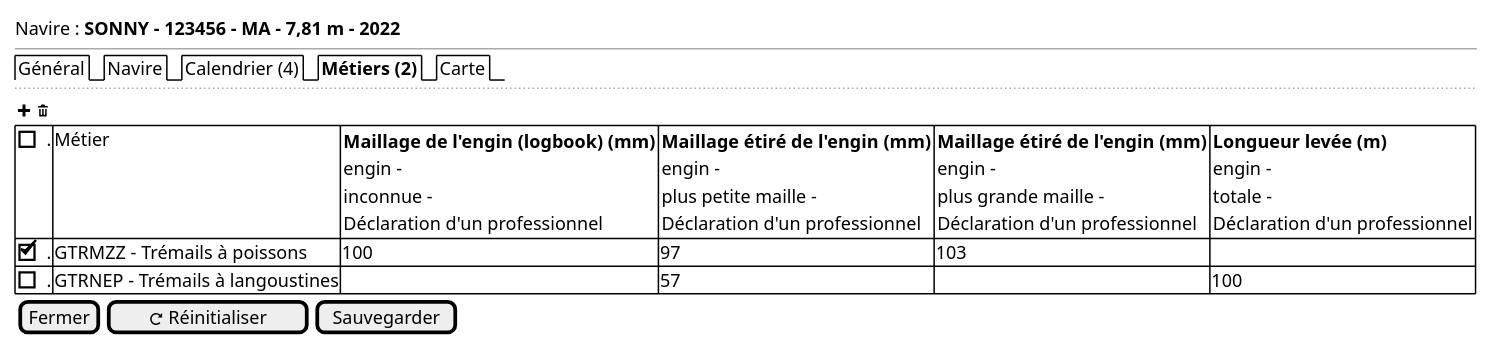
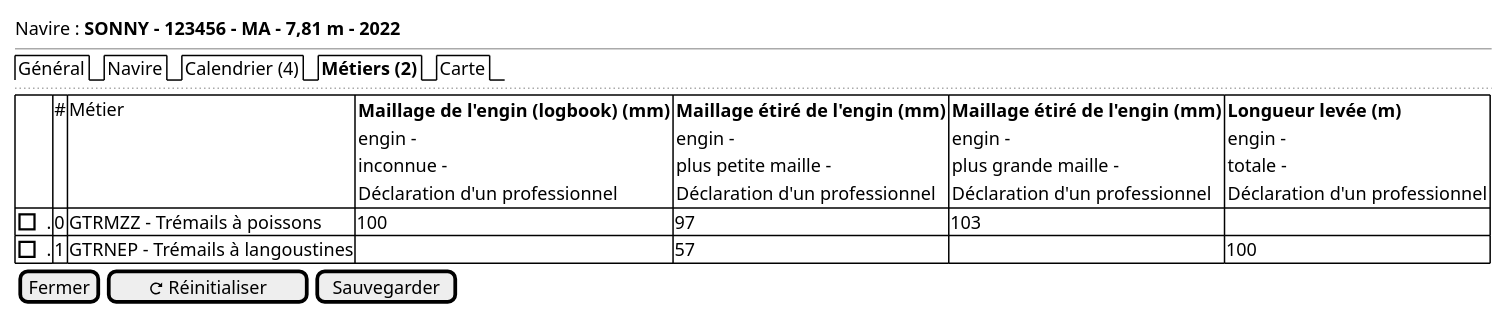
The diagram in projects/activity-calendar/spe/images/activity-calendar-metiers.puml (sumaris-net/sumaris-doc), drawn with PlantUML before and after one commit. The commit also changed 3 other files, not shown here.

```diff
--- a/projects/activity-calendar/spe/images/activity-calendar-metiers.puml
+++ b/projects/activity-calendar/spe/images/activity-calendar-metiers.puml
@@ -1,30 +1,29 @@
 @startsalt
 {
   Navire : <b>SONNY - 123456 - MA - 7,81 m - 2022
   --
   {/ Général | Navire | Calendrier (4) | <b>Métiers (2) | Carte}
   ..
-  { <&plus> <&trash> }
-  {# [ ]. |Métier | {<b>Maillage de l'engin (logbook) (mm)
+  {# . | # |Métier | {<b>Maillage de l'engin (logbook) (mm)
                 engin -
                 inconnue -
                 Déclaration d'un professionnel} |
               {<b>Maillage étiré de l'engin (mm)
                 engin -
                 plus petite maille -
                 Déclaration d'un professionnel} |
               {<b>Maillage étiré de l'engin (mm)
                 engin -
                 plus grande maille -
                 Déclaration d'un professionnel} |
               {<b>Longueur levée (m)
                 engin -
                 totale -
                 Déclaration d'un professionnel}
-     [X]. | GTRMZZ - Trémails à poissons | 100 | 97 | 103 | .
-     [ ]. | GTRNEP - Trémails à langoustines | . | 57 | . | 100
+     [ ]. | 0 | GTRMZZ - Trémails à poissons | 100 | 97 | 103 | .
+     [ ]. | 1 | GTRNEP - Trémails à langoustines | . | 57 | . | 100
   }
 
   { [Fermer] | [<&reload> Réinitialiser] | [Sauvegarder] }
 }
 @endsalt
```
